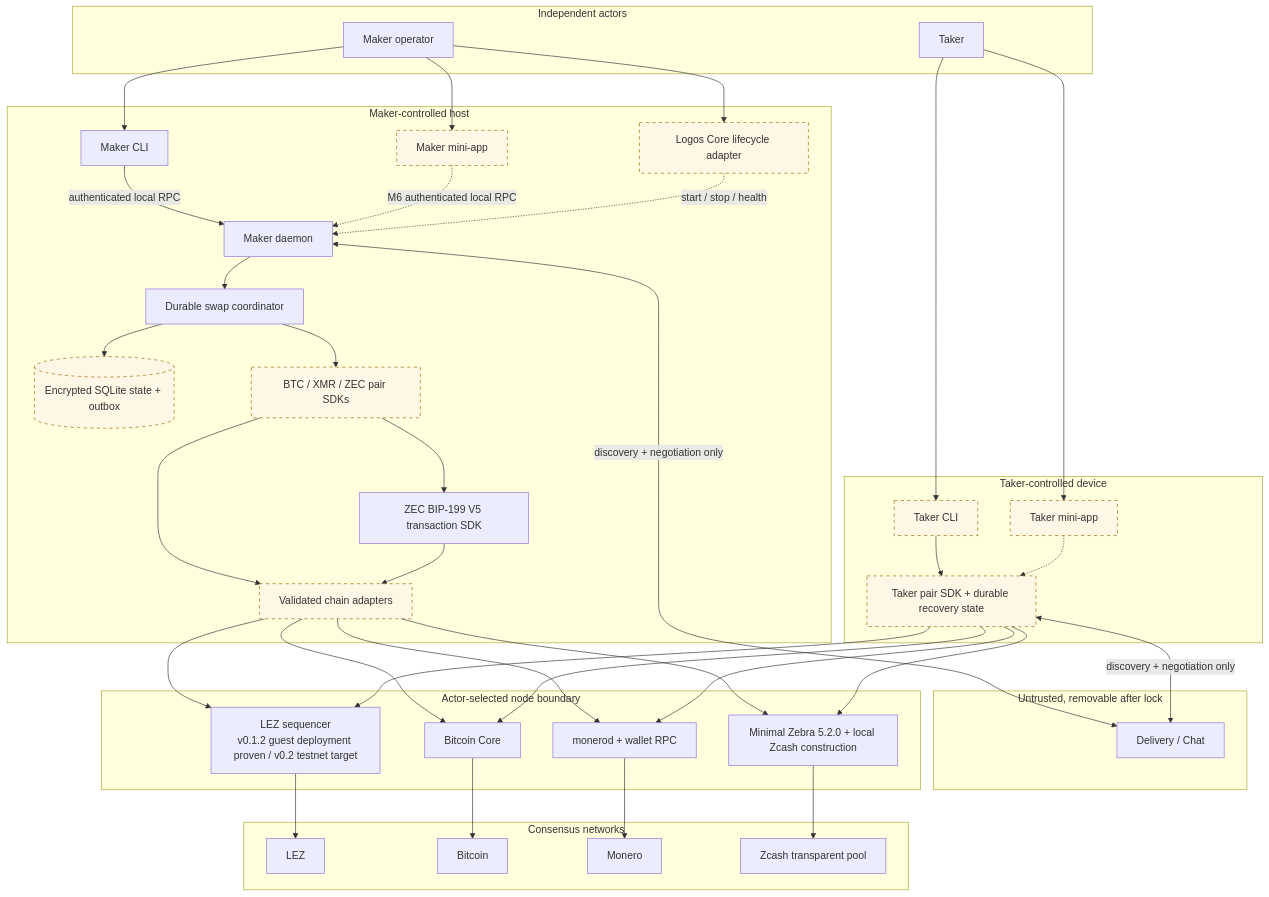
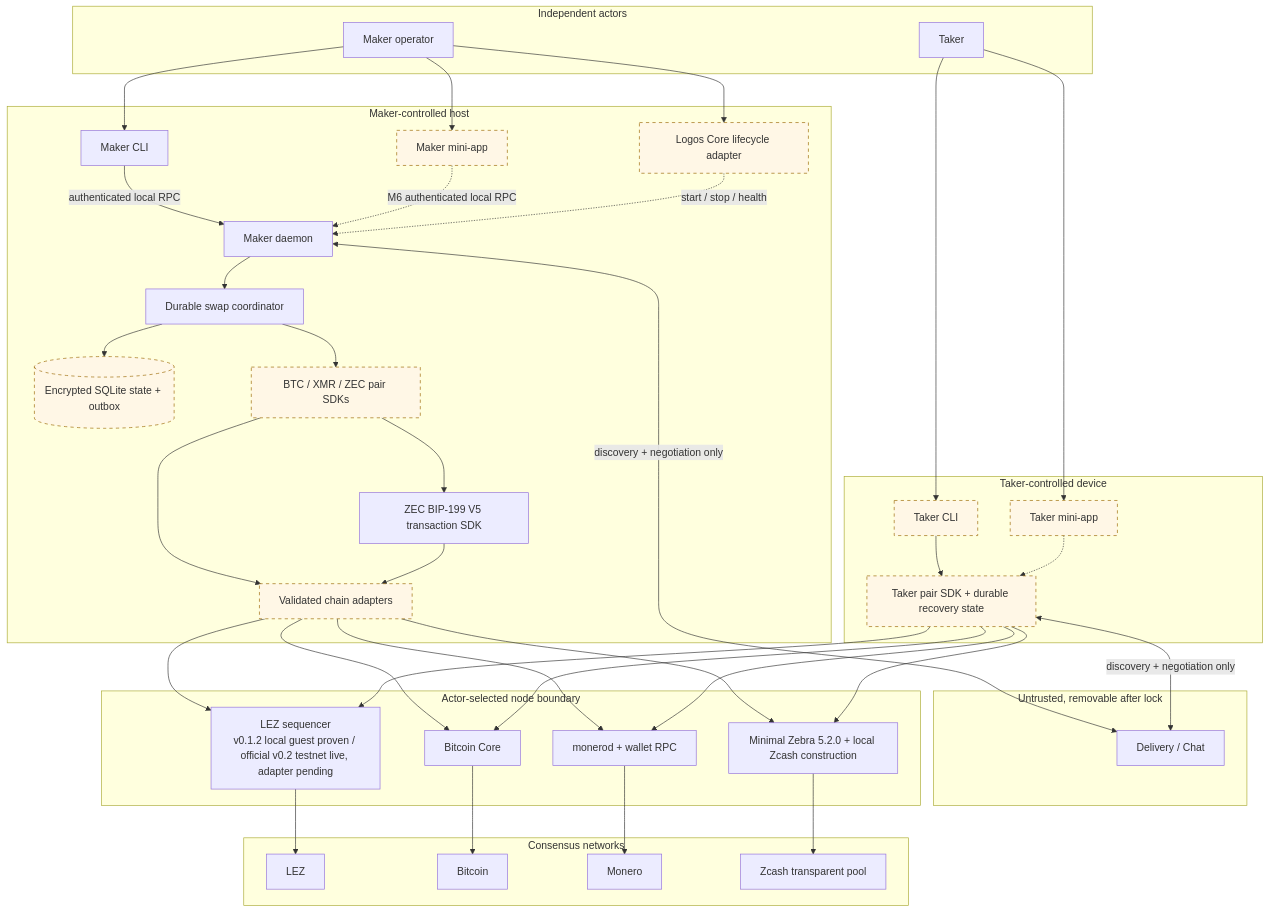
One commit to gateway-fm/lez-atomic-swaps changed the first of 9 diagrams in docs/architecture/system-architecture.md. Above: the diagram before and after it, drawn with Mermaid. The commit also changed 14 other files, not shown here.

````diff
--- a/docs/architecture/system-architecture.md
+++ b/docs/architecture/system-architecture.md
@@ -14,79 +14,79 @@
 ```mermaid
 flowchart TB
     subgraph People["Independent actors"]
         MO["Maker operator"]
         T["Taker"]
     end
 
     subgraph MakerHost["Maker-controlled host"]
         MC["Maker CLI"]
         MM["Maker mini-app"]
         LC["Logos Core lifecycle adapter"]
         MD["Maker daemon"]
         CO["Durable swap coordinator"]
         DB[("Encrypted SQLite state + outbox")]
         PS["BTC / XMR / ZEC pair SDKs"]
         ZTX["ZEC BIP-199 V5 transaction SDK"]
         CA["Validated chain adapters"]
     end
 
     subgraph TakerDevice["Taker-controlled device"]
         TC["Taker CLI"]
         TM["Taker mini-app"]
         TS["Taker pair SDK + durable recovery state"]
     end
 
     subgraph OffChain["Untrusted, removable after lock"]
         DC["Delivery / Chat"]
     end
 
     subgraph Nodes["Actor-selected node boundary"]
-        LEZ["LEZ sequencer<br/>v0.1.2 guest deployment proven / v0.2 testnet target"]
+        LEZ["LEZ sequencer<br/>v0.1.2 local guest proven / official v0.2 testnet live, adapter pending"]
         BTC["Bitcoin Core"]
         XMR["monerod + wallet RPC"]
         ZEC["Minimal Zebra 5.2.0 + local Zcash construction"]
     end
 
     subgraph Networks["Consensus networks"]
         LN["LEZ"]
         BN["Bitcoin"]
         XN["Monero"]
         ZN["Zcash transparent pool"]
     end
 
     MO --> MC
     MO --> MM
     MO --> LC
     MC -->|"authenticated local RPC"| MD
     MM -.->|"M6 authenticated local RPC"| MD
     LC -.->|"start / stop / health"| MD
     MD --> CO
     CO --> DB
     CO --> PS
     PS --> ZTX
     PS --> CA
     ZTX --> CA
 
     T --> TC
     T --> TM
     TC --> TS
     TM -.-> TS
 
     MD <-->|"discovery + negotiation only"| DC
     TS <-->|"discovery + negotiation only"| DC
     CA --> LEZ
     CA --> BTC
     CA --> XMR
     CA --> ZEC
     TS --> LEZ
     TS --> BTC
     TS --> XMR
     TS --> ZEC
     LEZ --> LN
     BTC --> BN
     XMR --> XN
     ZEC --> ZN
 
     classDef planned stroke-dasharray: 5 5,fill:#fff7e6,stroke:#9a6700;
     class MM,LC,PS,CA,TC,TM,TS,DB planned;
 ```
````
